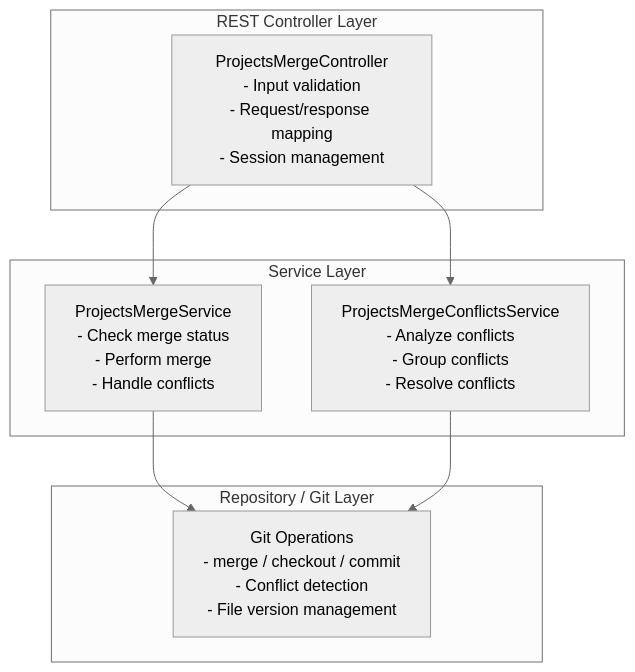
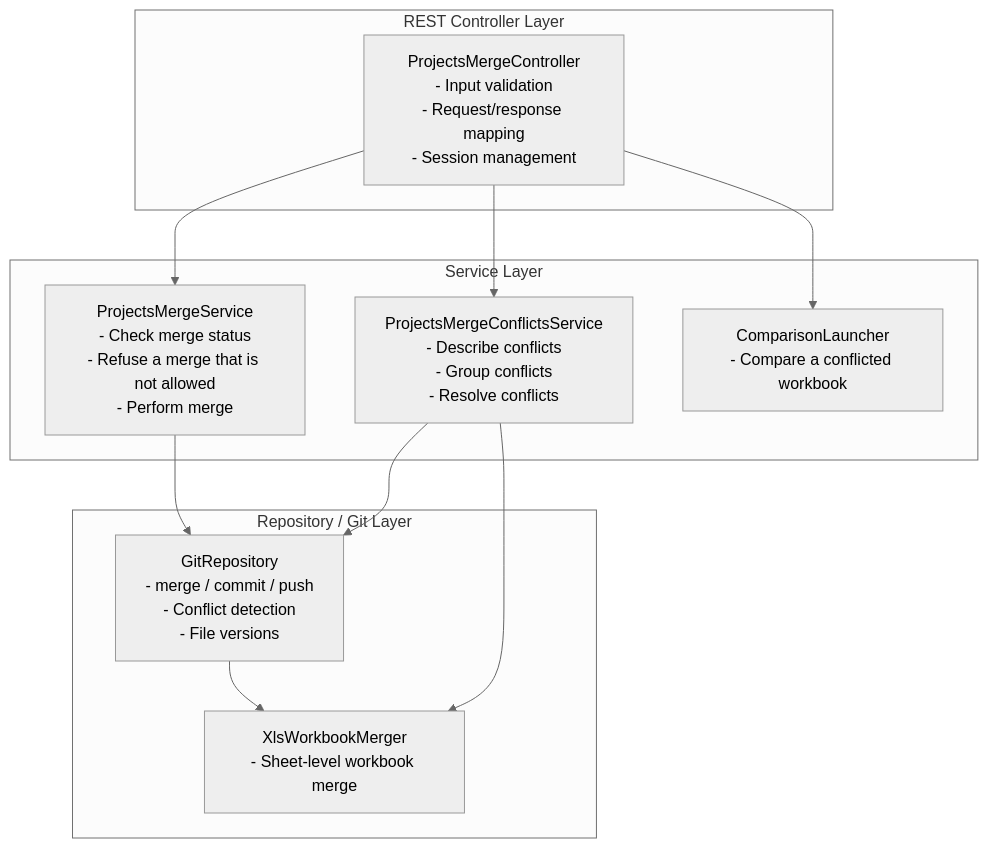
One commit to openl-tablets/openl-tablets changed the first of 2 diagrams in Docs/api/projects-merge-api.md. Above: the diagram before and after it, drawn with Mermaid (neutral theme). The commit also changed other lines of this file, not shown here.

Commit message:
Correct the Projects Merge API to the check result, bypass and error keys

````diff
--- a/Docs/api/projects-merge-api.md
+++ b/Docs/api/projects-merge-api.md
@@ -47,24 +52,29 @@
-``` mermaid
+```mermaid
 flowchart TB
     %% REST Controller Layer
     subgraph REST["REST Controller Layer"]
         C[ProjectsMergeController<br/>- Input validation<br/>- Request/response mapping<br/>- Session management]
     end
 
     %% Service Layer
     subgraph SERVICE["Service Layer"]
-        S1[ProjectsMergeService<br/>- Check merge status<br/>- Perform merge<br/>- Handle conflicts]
-        S2[ProjectsMergeConflictsService<br/>- Analyze conflicts<br/>- Group conflicts<br/>- Resolve conflicts]
+        S1[ProjectsMergeService<br/>- Check merge status<br/>- Refuse a merge that is not allowed<br/>- Perform merge]
+        S2[ProjectsMergeConflictsService<br/>- Describe conflicts<br/>- Group conflicts<br/>- Resolve conflicts]
+        S3[ComparisonLauncher<br/>- Compare a conflicted workbook]
     end
 
     %% Repository / Git Layer
     subgraph GIT["Repository / Git Layer"]
-        G[Git Operations<br/>- merge / checkout / commit<br/>- Conflict detection<br/>- File version management]
+        G[GitRepository<br/>- merge / commit / push<br/>- Conflict detection<br/>- File versions]
+        X[XlsWorkbookMerger<br/>- Sheet-level workbook merge]
     end
 
     %% Connections
     C --> S1
     C --> S2
+    C --> S3
     S1 --> G
     S2 --> G
+    S2 --> X
+    G --> X
 ```
````
